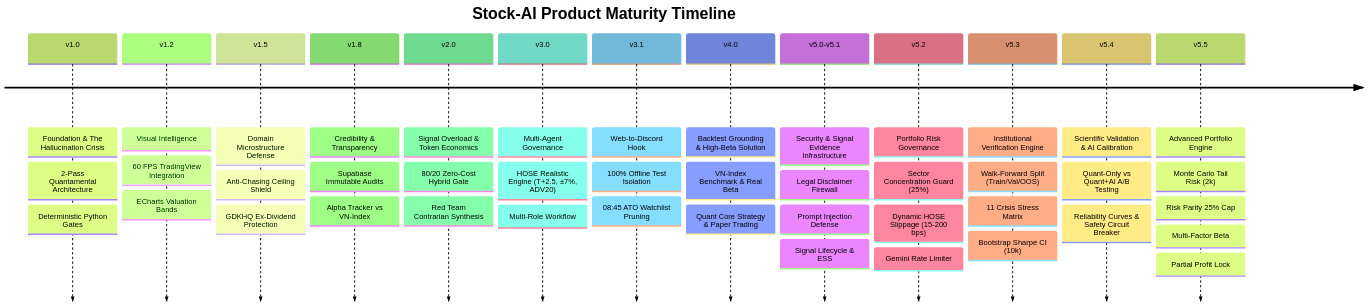
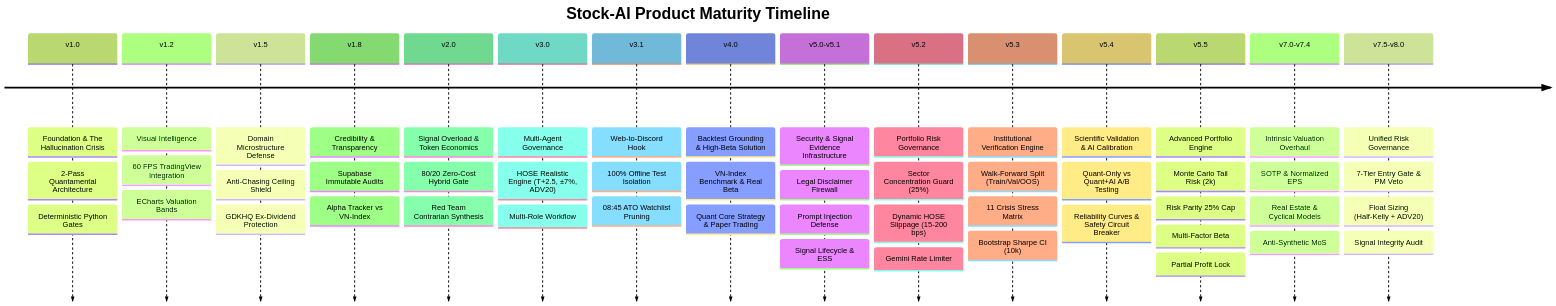
One commit to VinhTung1410/Stock-AI changed the first of 2 diagrams in docs/PRODUCT_CASE_STUDY.md. Above: the diagram before and after it, drawn with Mermaid (forest theme). The commit also changed other lines of this file and 26 other files, not shown here.

````diff
--- a/docs/PRODUCT_CASE_STUDY.md
+++ b/docs/PRODUCT_CASE_STUDY.md
@@ -40,17 +40,19 @@
 ```mermaid
 timeline
     title Stock-AI Product Maturity Timeline
     v1.0 : Foundation & The Hallucination Crisis : 2-Pass Quantamental Architecture : Deterministic Python Gates
     v1.2 : Visual Intelligence : 60 FPS TradingView Integration : ECharts Valuation Bands
     v1.5 : Domain Microstructure Defense : Anti-Chasing Ceiling Shield : GDKHQ Ex-Dividend Protection
     v1.8 : Credibility & Transparency : Supabase Immutable Audits : Alpha Tracker vs VN-Index
     v2.0 : Signal Overload & Token Economics : 80/20 Zero-Cost Hybrid Gate : Red Team Contrarian Synthesis
     v3.0 : Multi-Agent Governance : HOSE Realistic Engine (T+2.5, ±7%, ADV20) : Multi-Role Workflow
     v3.1 : Web-to-Discord Hook : 100% Offline Test Isolation : 08:45 ATO Watchlist Pruning
     v4.0 : Backtest Grounding & High-Beta Solution : VN-Index Benchmark & Real Beta : Quant Core Strategy & Paper Trading
     v5.0-v5.1 : Security & Signal Evidence Infrastructure : Legal Disclaimer Firewall : Prompt Injection Defense : Signal Lifecycle & ESS
     v5.2 : Portfolio Risk Governance : Sector Concentration Guard (25%) : Dynamic HOSE Slippage (15-200 bps) : Gemini Rate Limiter
     v5.3 : Institutional Verification Engine : Walk-Forward Split (Train/Val/OOS) : 11 Crisis Stress Matrix : Bootstrap Sharpe CI (10k)
     v5.4 : Scientific Validation & AI Calibration : Quant-Only vs Quant+AI A/B Testing : Reliability Curves & Safety Circuit Breaker
     v5.5 : Advanced Portfolio Engine : Monte Carlo Tail Risk (2k) : Risk Parity 25% Cap : Multi-Factor Beta : Partial Profit Lock
+    v7.0-v7.4 : Intrinsic Valuation Overhaul : SOTP & Normalized EPS : Real Estate & Cyclical Models : Anti-Synthetic MoS
+    v7.5-v8.0 : Unified Risk Governance : 7-Tier Entry Gate & PM Veto : Float Sizing (Half-Kelly + ADV20) : Signal Integrity Audit
 ```
````
